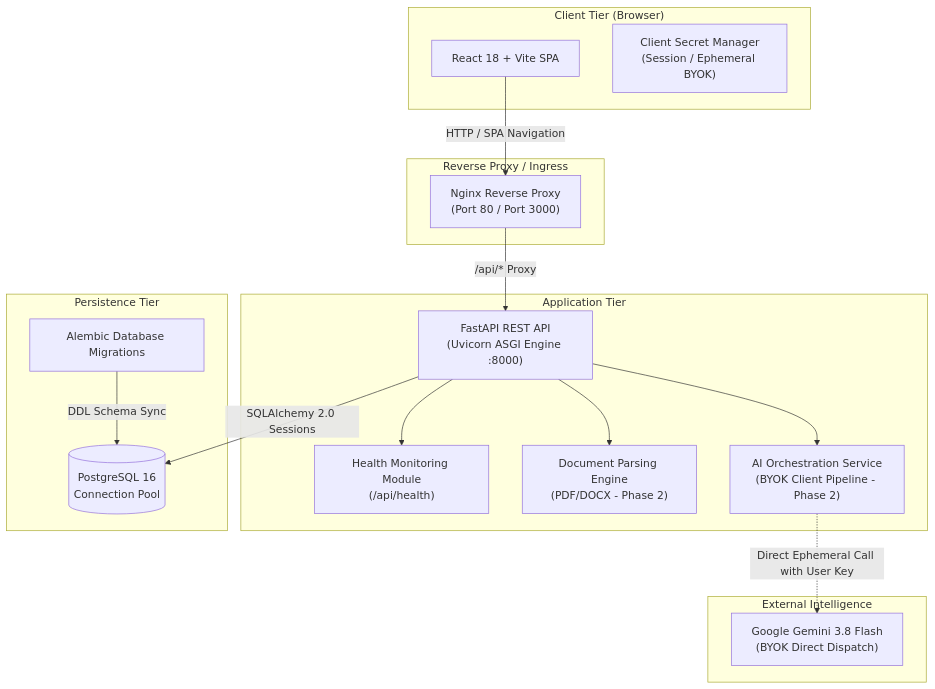
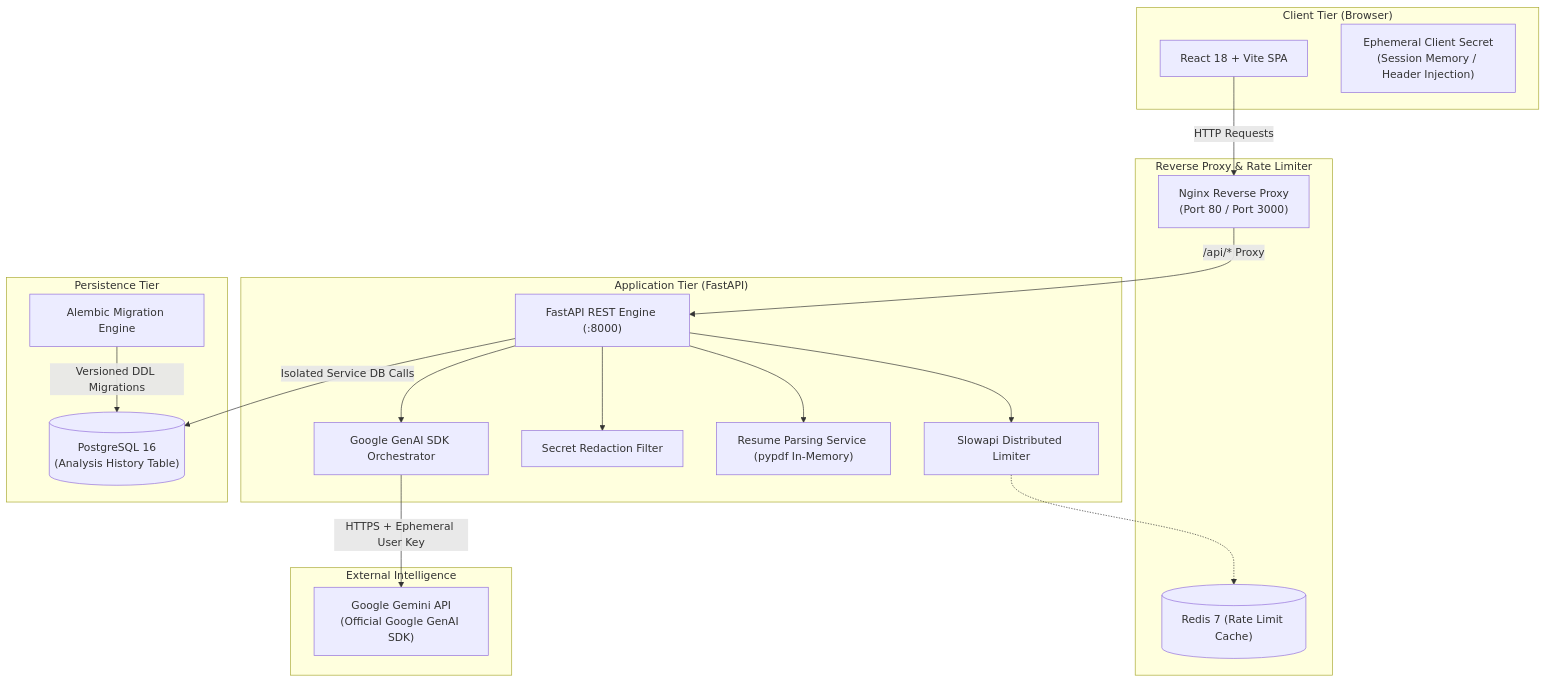
Before and after one commit to ramalavenkatasathwik-ai/ai-resume-reviewer-pro: the diagram in docs/architecture.md, drawn with Mermaid. The commit also changed other lines of this file and 41 other files, not shown here.

Commit message:
feat: complete Phase 2 backend architecture, BYOK security, database layer, and Gemini service

````diff
--- a/docs/architecture.md
+++ b/docs/architecture.md
@@ -11,36 +11,40 @@
 ```mermaid
 flowchart TD
     subgraph Client ["Client Tier (Browser)"]
         UI["React 18 + Vite SPA"]
-        BYOK["Client Secret Manager\n(Session / Ephemeral BYOK)"]
+        BYOK["Ephemeral Client Secret\n(Session Memory / Header Injection)"]
     end
 
-    subgraph Gateway ["Reverse Proxy / Ingress"]
+    subgraph Gateway ["Reverse Proxy & Rate Limiter"]
         Nginx["Nginx Reverse Proxy\n(Port 80 / Port 3000)"]
+        Redis[("Redis 7 (Rate Limit Cache)")]
     end
 
-    subgraph ServiceTier ["Application Tier"]
-        FastAPI["FastAPI REST API\n(Uvicorn ASGI Engine :8000)"]
-        HealthModule["Health Monitoring Module\n(/api/health)"]
-        ParserModule["Document Parsing Engine\n(PDF/DOCX - Phase 2)"]
-        AnalysisService["AI Orchestration Service\n(BYOK Client Pipeline - Phase 2)"]
+    subgraph ServiceTier ["Application Tier (FastAPI)"]
+        FastAPI["FastAPI REST Engine (:8000)"]
+        Limiter["Slowapi Distributed Limiter"]
+        SecretMasker["Secret Redaction Filter"]
+        ResumeService["Resume Parsing Service (pypdf In-Memory)"]
+        GeminiService["Google GenAI SDK Orchestrator"]
     end
 
     subgraph StorageTier ["Persistence Tier"]
-        Postgres[(PostgreSQL 16\nConnection Pool)]
-        Alembic["Alembic Database Migrations"]
+        Postgres[("PostgreSQL 16\n(Analysis History Table)")]
+        Alembic["Alembic Migration Engine"]
     end
 
     subgraph ExternalServices ["External Intelligence"]
-        GeminiAPI["Google Gemini 3.8 Flash\n(BYOK Direct Dispatch)"]
+        GoogleGemini["Google Gemini API\n(Official Google GenAI SDK)"]
     end
 
-    UI -->|HTTP / SPA Navigation| Nginx
+    UI -->|HTTP Requests| Nginx
     Nginx -->|/api/* Proxy| FastAPI
-    FastAPI --> HealthModule
-    FastAPI --> ParserModule
-    FastAPI --> AnalysisService
-    FastAPI -->|SQLAlchemy 2.0 Sessions| Postgres
-    Alembic -->|DDL Schema Sync| Postgres
-    AnalysisService -.->|Direct Ephemeral Call with User Key| GeminiAPI
+    FastAPI --> Limiter
+    Limiter -.-> Redis
+    FastAPI --> SecretMasker
+    FastAPI --> ResumeService
+    FastAPI --> GeminiService
+    FastAPI -->|Isolated Service DB Calls| Postgres
+    Alembic -->|Versioned DDL Migrations| Postgres
+    GeminiService -->|HTTPS + Ephemeral User Key| GoogleGemini
 ```
````
